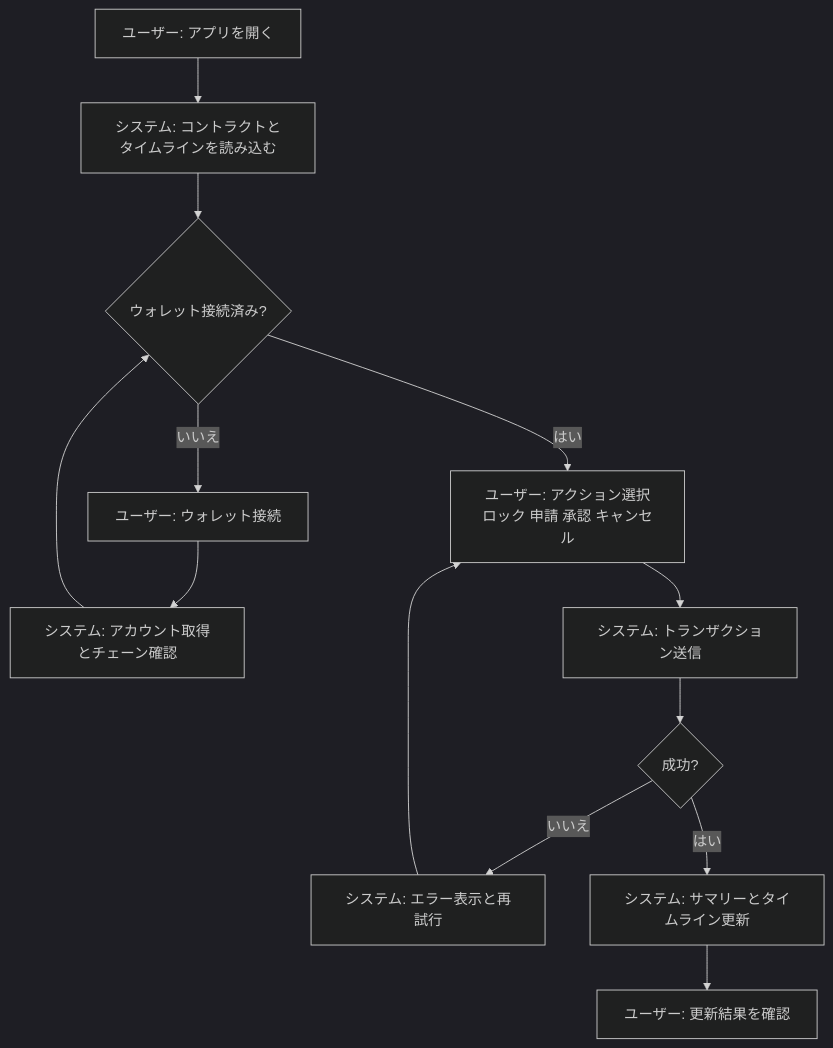
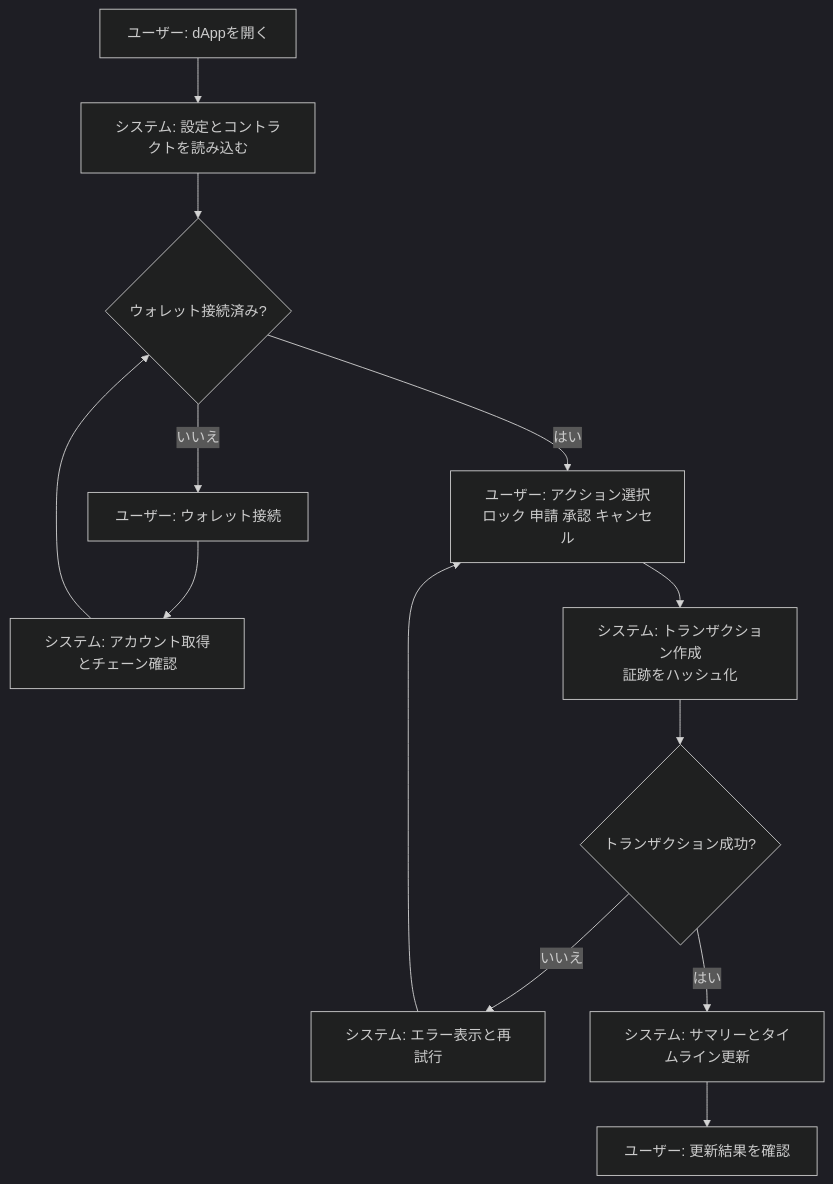
The first of 2 diagrams in README.md (usagi917/B2B_payment), drawn with Mermaid (dark theme) before and after one commit. The commit also changed other lines of this file and 12 other files, not shown here.

````diff
--- a/README.md
+++ b/README.md
@@ -80,15 +81,15 @@
 ```mermaid
 graph TD
-  A[ユーザー: アプリを開く] --> B[システム: コントラクトとタイムラインを読み込む]
+  A[ユーザー: dAppを開く] --> B[システム: 設定とコントラクトを読み込む]
   B --> C{ウォレット接続済み?}
   C -->|いいえ| D[ユーザー: ウォレット接続]
   D --> E[システム: アカウント取得とチェーン確認]
   E --> C
   C -->|はい| F[ユーザー: アクション選択<br/>ロック 申請 承認 キャンセル]
-  F --> G[システム: トランザクション送信]
-  G --> H{成功?}
+  F --> G[システム: トランザクション作成<br/>証跡をハッシュ化]
+  G --> H{トランザクション成功?}
   H -->|いいえ| I[システム: エラー表示と再試行]
   I --> F
   H -->|はい| J[システム: サマリーとタイムライン更新]
   J --> K[ユーザー: 更新結果を確認]
 ```
````
